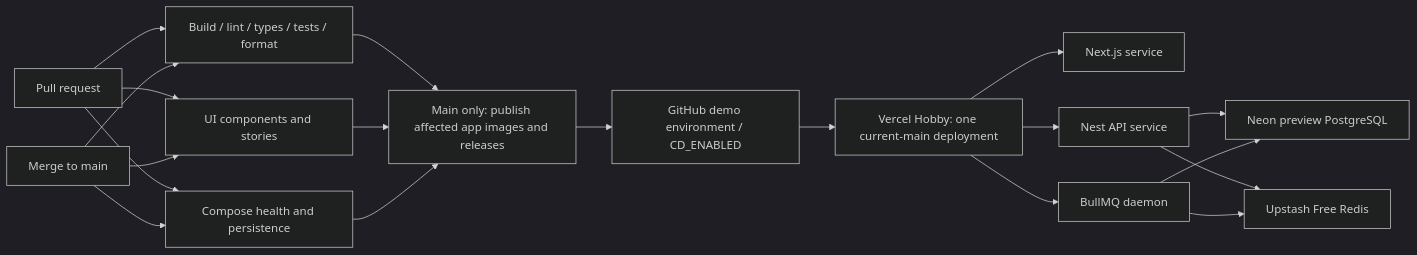
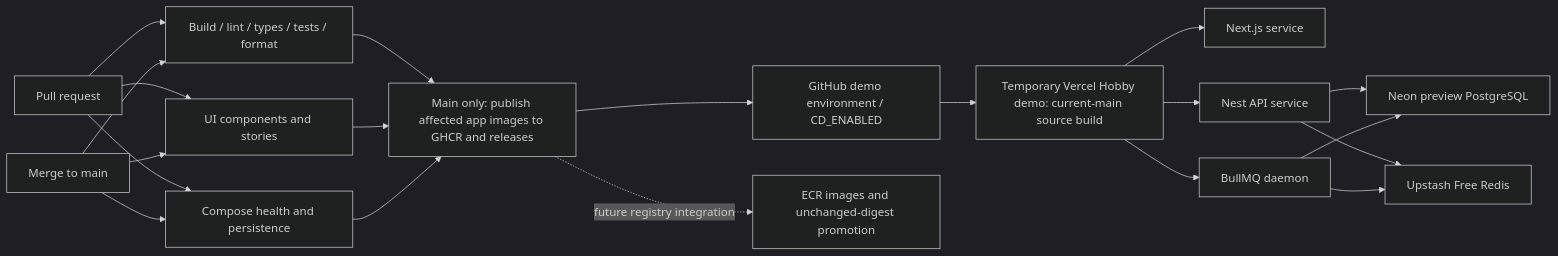
Before and after one commit to ashvir99260/flowboard: the diagram in docs/CI_CD.md, drawn with Mermaid (dark theme). The commit also changed other lines of this file and 18 other files, not shown here.

````diff
--- a/docs/CI_CD.md
+++ b/docs/CI_CD.md
@@ -5,21 +5,22 @@
 ```mermaid
 flowchart LR
   PR[Pull request] --> Checks[Build / lint / types / tests / format]
   PR --> UI[UI components and stories]
   PR --> Docker[Compose health and persistence]
   Main[Merge to main] --> Checks
   Main --> UI
   Main --> Docker
-  Checks --> Publish[Main only: publish affected app images and releases]
+  Checks --> Publish[Main only: publish affected app images to GHCR and releases]
   UI --> Publish
   Docker --> Publish
   Publish --> Gate[GitHub demo environment / CD_ENABLED]
-  Gate --> Project[Vercel Hobby: one current-main deployment]
+  Gate --> Project[Temporary Vercel Hobby demo: current-main source build]
+  Publish -. future registry integration .-> ECR[ECR images and unchanged-digest promotion]
   Project --> Web[Next.js service]
   Project --> API[Nest API service]
   Project --> Worker[BullMQ daemon]
   API --> Neon[Neon preview PostgreSQL]
   API --> Redis[Upstash Free Redis]
   Worker --> Neon
   Worker --> Redis
 ```
````
